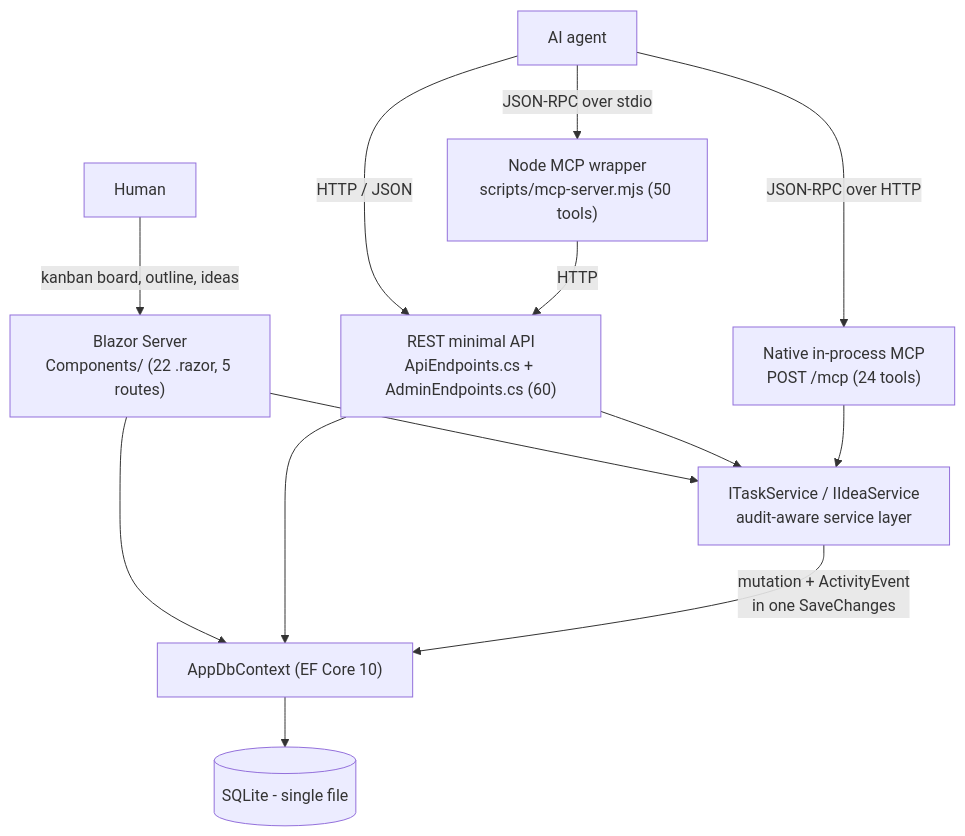
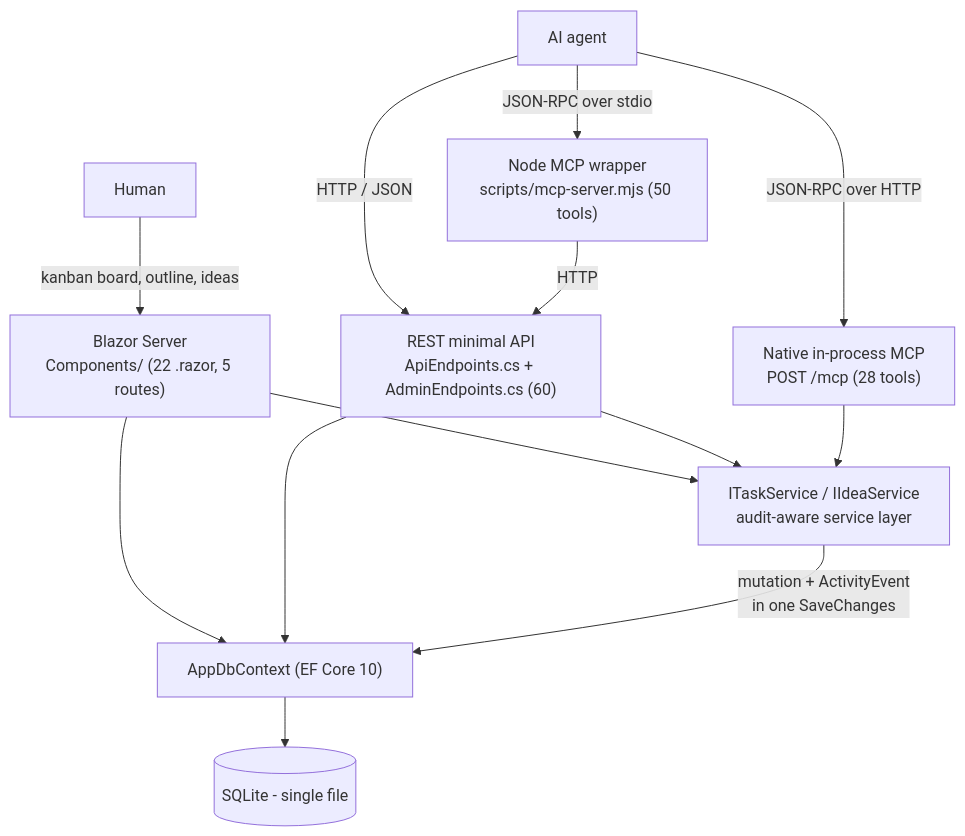
The first of 3 diagrams in docs/ARCHITECTURE.md (joelfuller2016/KanbanFlow-v2), drawn with Mermaid before and after one commit. The commit also changed other lines of this file and 3 other files, not shown here.

````diff
--- a/docs/ARCHITECTURE.md
+++ b/docs/ARCHITECTURE.md
@@ -31,17 +31,17 @@
 ```mermaid
 flowchart TD
     H["Human"] -->|"kanban board, outline, ideas"| UI["Blazor Server<br/>Components/ (22 .razor, 5 routes)"]
     A["AI agent"] -->|"JSON-RPC over stdio"| NODE["Node MCP wrapper<br/>scripts/mcp-server.mjs (50 tools)"]
-    A -->|"JSON-RPC over HTTP"| NATIVE["Native in-process MCP<br/>POST /mcp (24 tools)"]
+    A -->|"JSON-RPC over HTTP"| NATIVE["Native in-process MCP<br/>POST /mcp (28 tools)"]
     A -->|"HTTP / JSON"| REST["REST minimal API<br/>ApiEndpoints.cs + AdminEndpoints.cs (60)"]
     NODE -->|"HTTP"| REST
 
     UI --> EF
     UI --> SVC
     REST --> EF
     REST --> SVC
     NATIVE --> SVC["ITaskService / IIdeaService<br/>audit-aware service layer"]
 
     SVC -->|"mutation + ActivityEvent<br/>in one SaveChanges"| EF["AppDbContext (EF Core 10)"]
     EF --> SQLITE[("SQLite - single file")]
 ```
````
